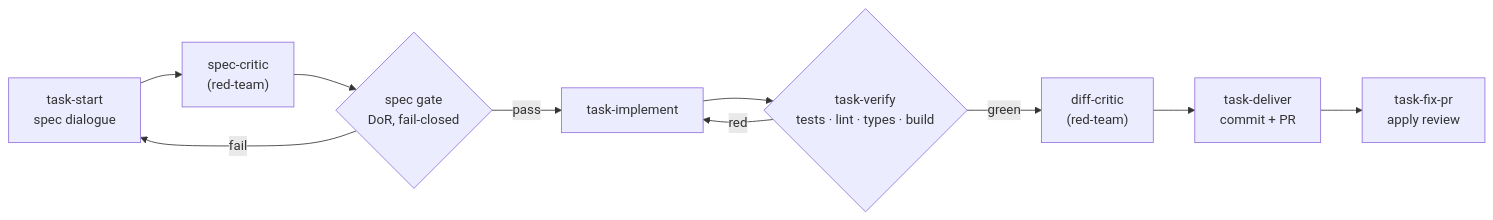
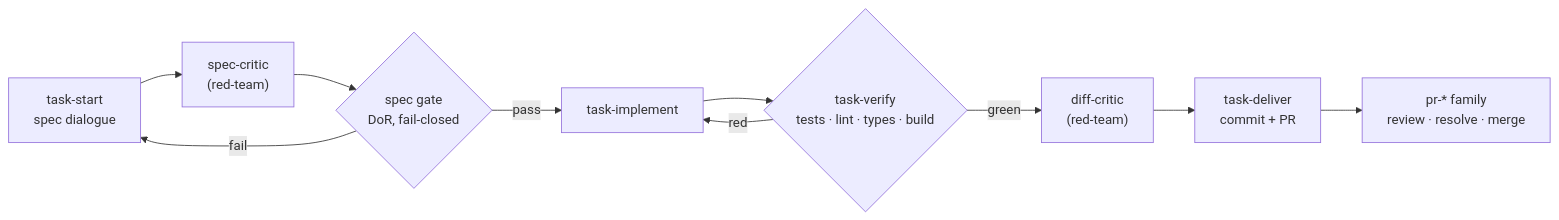
One commit to real-case/marvin-toolkit changed the third of 4 diagrams in docs/architecture.md. Above: the diagram before and after it, drawn with Mermaid. The commit also changed other lines of this file and 120 other files, not shown here.

````diff
--- a/docs/architecture.md
+++ b/docs/architecture.md
@@ -85,12 +85,12 @@
 ```mermaid
 flowchart LR
   TS["task-start<br/>spec dialogue"] --> CRIT["spec-critic<br/>(red-team)"]
   CRIT --> GATE{"spec gate<br/>DoR, fail-closed"}
   GATE -->|fail| TS
   GATE -->|pass| IMPL["task-implement"]
   IMPL --> VER{"task-verify<br/>tests · lint · types · build"}
   VER -->|red| IMPL
   VER -->|green| DC["diff-critic<br/>(red-team)"]
   DC --> DEL["task-deliver<br/>commit + PR"]
-  DEL --> FIX["task-fix-pr<br/>apply review"]
+  DEL --> PR["pr-* family<br/>review · resolve · merge"]
 ```
````
